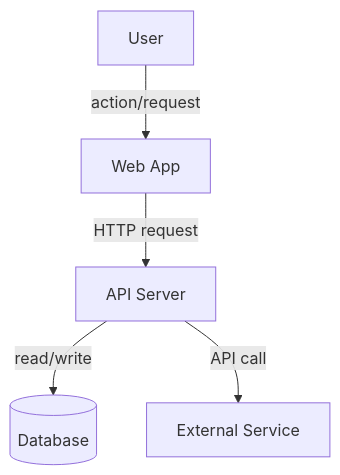
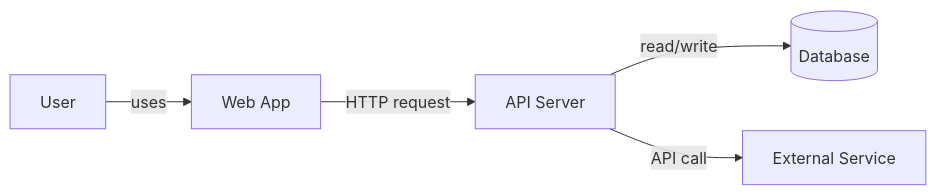
The first of 5 diagrams in plugins/strike/skills/system-visualizer/references/mermaid.md (emanualjade/strike), drawn with Mermaid before and after one commit. The commit also changed other lines of this file and 21 other files, not shown here.

````diff
--- a/plugins/strike/skills/system-visualizer/references/mermaid.md
+++ b/plugins/strike/skills/system-visualizer/references/mermaid.md
@@ -26,13 +45,13 @@
 ```mermaid
-flowchart TD
+flowchart LR
   user[User]
   web[Web App]
   api[API Server]
   db[(Database)]
   external[External Service]
 
-  user -->|action/request| web
+  user -->|uses| web
   web -->|HTTP request| api
   api -->|read/write| db
   api -->|API call| external
 ```
````
